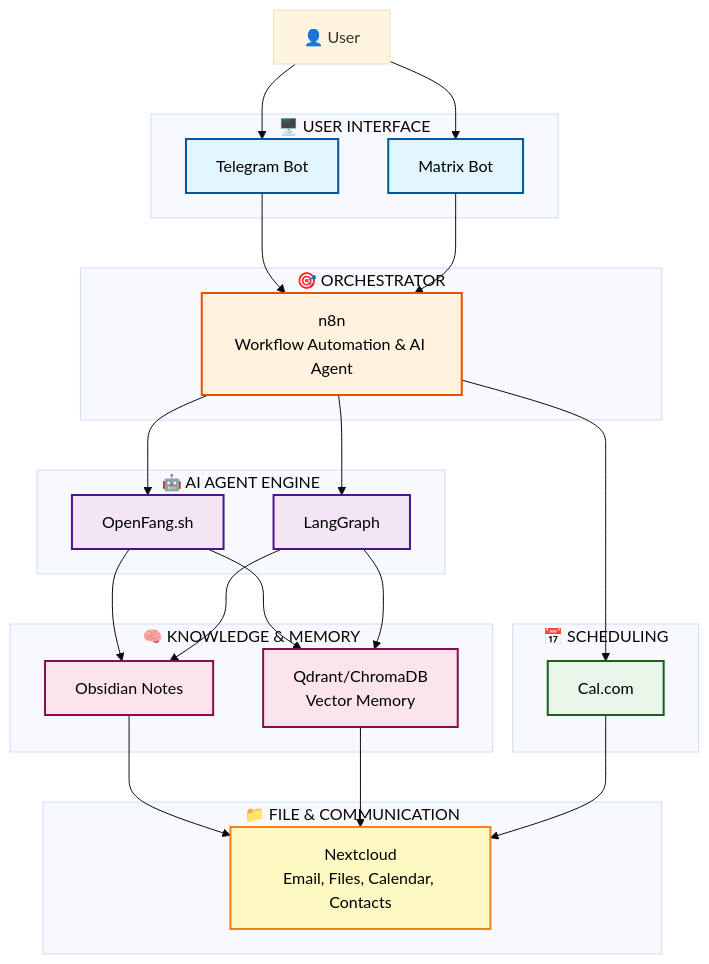
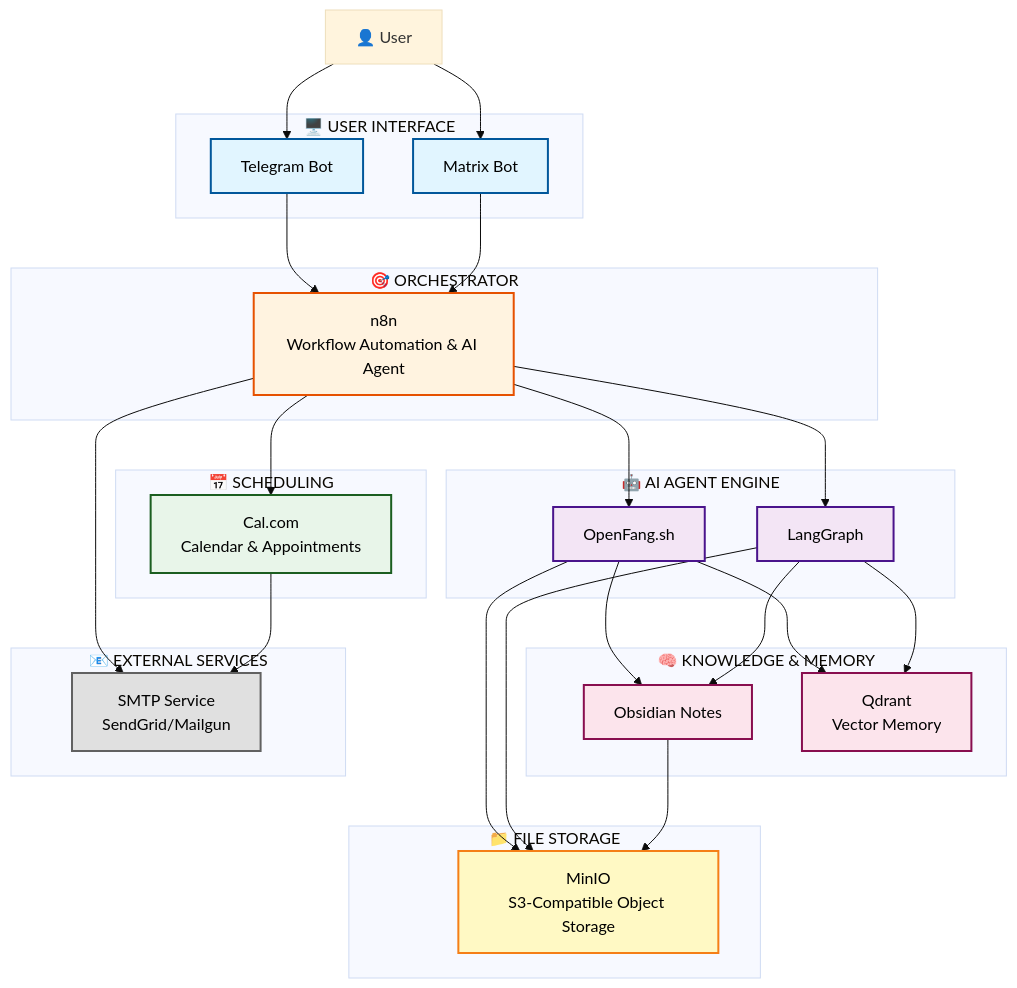
The diagram in README.md (oppytut/pro-secretary), drawn with Mermaid (base theme) before and after one commit. The commit also changed other lines of this file, not shown here.

First line of the commit message:
refactor: replace Nextcloud with MinIO (part 1/2)

````diff
--- a/README.md
+++ b/README.md
@@ -7,60 +7,68 @@
 ```mermaid
 graph TB
     User[👤 User]
     
     subgraph Interface["🖥️ USER INTERFACE"]
         TG[Telegram Bot]
         Matrix[Matrix Bot]
     end
     
     subgraph Orchestrator["🎯 ORCHESTRATOR"]
         N8N[n8n<br/>Workflow Automation & AI Agent]
     end
     
     subgraph AIEngine["🤖 AI AGENT ENGINE"]
         OpenFang[OpenFang.sh]
         LangGraph[LangGraph]
     end
     
     subgraph Scheduling["📅 SCHEDULING"]
-        CalCom[Cal.com]
+        CalCom[Cal.com<br/>Calendar & Appointments]
     end
     
     subgraph Knowledge["🧠 KNOWLEDGE & MEMORY"]
         Obsidian[Obsidian Notes]
-        Qdrant[Qdrant/ChromaDB<br/>Vector Memory]
+        Qdrant[Qdrant<br/>Vector Memory]
     end
     
-    subgraph FileComm["📁 FILE & COMMUNICATION"]
-        Nextcloud[Nextcloud<br/>Email, Files, Calendar, Contacts]
+    subgraph Storage["📁 FILE STORAGE"]
+        MinIO[MinIO<br/>S3-Compatible Object Storage]
+    end
+    
+    subgraph External["📧 EXTERNAL SERVICES"]
+        SMTP[SMTP Service<br/>SendGrid/Mailgun]
     end
     
     User --> TG
     User --> Matrix
     TG --> N8N
     Matrix --> N8N
     N8N --> OpenFang
     N8N --> LangGraph
     N8N --> CalCom
+    N8N --> SMTP
     OpenFang --> Obsidian
     OpenFang --> Qdrant
+    OpenFang --> MinIO
     LangGraph --> Obsidian
     LangGraph --> Qdrant
-    Obsidian --> Nextcloud
-    Qdrant --> Nextcloud
-    CalCom --> Nextcloud
+    LangGraph --> MinIO
+    Obsidian --> MinIO
+    CalCom --> SMTP
     
     classDef interfaceStyle fill:#e1f5ff,stroke:#01579b,stroke-width:2px,color:#000
     classDef orchestratorStyle fill:#fff3e0,stroke:#e65100,stroke-width:2px,color:#000
     classDef aiStyle fill:#f3e5f5,stroke:#4a148c,stroke-width:2px,color:#000
     classDef scheduleStyle fill:#e8f5e9,stroke:#1b5e20,stroke-width:2px,color:#000
     classDef knowledgeStyle fill:#fce4ec,stroke:#880e4f,stroke-width:2px,color:#000
-    classDef fileStyle fill:#fff9c4,stroke:#f57f17,stroke-width:2px,color:#000
+    classDef storageStyle fill:#fff9c4,stroke:#f57f17,stroke-width:2px,color:#000
+    classDef externalStyle fill:#e0e0e0,stroke:#616161,stroke-width:2px,color:#000
     
     class TG,Matrix interfaceStyle
     class N8N orchestratorStyle
     class OpenFang,LangGraph aiStyle
     class CalCom scheduleStyle
     class Obsidian,Qdrant knowledgeStyle
-    class Nextcloud fileStyle
+    class MinIO storageStyle
+    class SMTP externalStyle
 ```
````
